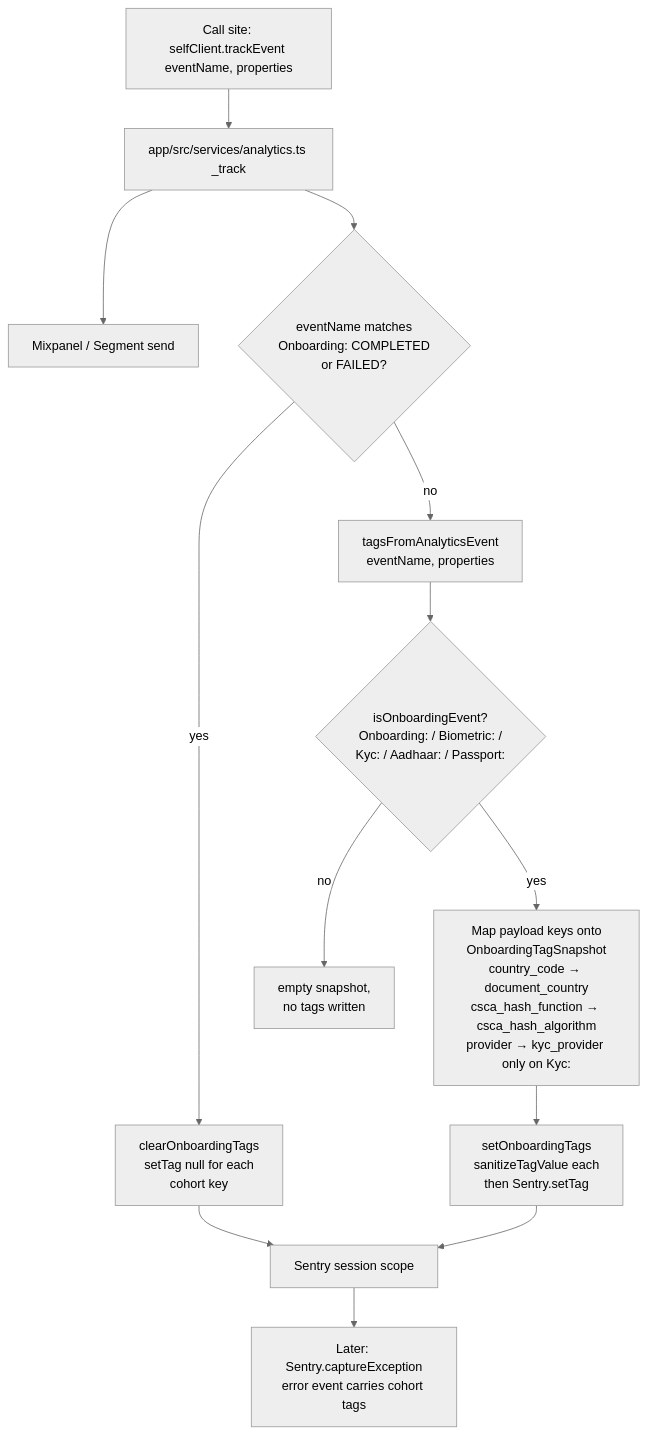
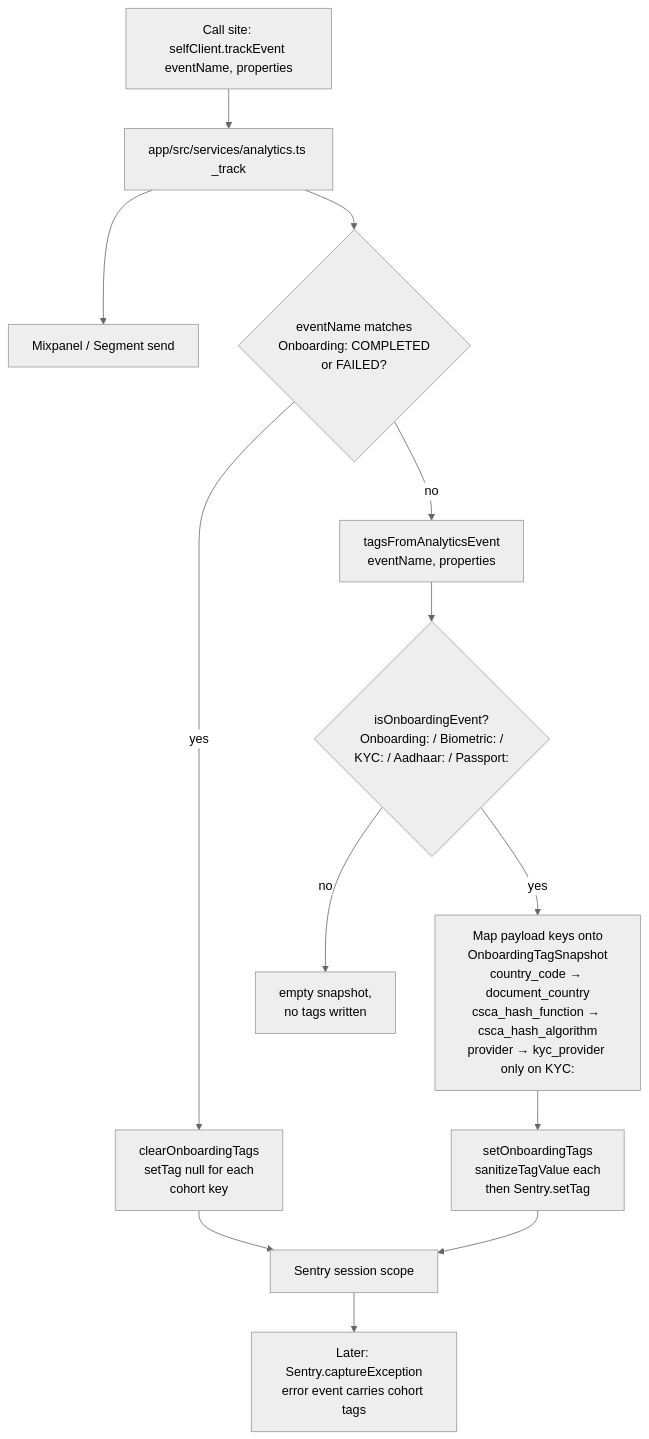
Before and after one commit to selfxyz/self: the diagram in specs/projects/sdk/workstreams/analytics/plans/ANA-13-observability-migration.md, drawn with Mermaid (neutral theme). The commit also changed 2 other files, not shown here.

Commit message:
fix(observability): match KYC: not Kyc: in cohort tag matcher
ANA-12 (PR #2054, now on dev) standardised acronyms to ALL CAPS in event
wire strings — 'KYC: Session Requested' not 'Kyc: Session Requested'. The
cohort tag matcher in onboardingContext.ts was still checking the lowercase
form, so isOnboardingEvent rejected every KYC event and kyc_provider was
never tagged. Updates the two startsWith checks, the corresponding test
case, and the cohort-flow diagram in ANA-13-observability-migration.md.

````diff
--- a/specs/projects/sdk/workstreams/analytics/plans/ANA-13-observability-migration.md
+++ b/specs/projects/sdk/workstreams/analytics/plans/ANA-13-observability-migration.md
@@ -98,15 +98,15 @@
 ```mermaid
 flowchart TD
     A[Call site: selfClient.trackEvent eventName, properties] --> B[app/src/services/analytics.ts _track]
     B --> C[Mixpanel / Segment send]
     B --> D{eventName matches<br/>Onboarding: COMPLETED<br/>or FAILED?}
     D -- yes --> E[clearOnboardingTags<br/>setTag null for each<br/>cohort key]
     D -- no --> F[tagsFromAnalyticsEvent<br/>eventName, properties]
-    F --> G{isOnboardingEvent?<br/>Onboarding: / Biometric: /<br/>Kyc: / Aadhaar: / Passport:}
+    F --> G{isOnboardingEvent?<br/>Onboarding: / Biometric: /<br/>KYC: / Aadhaar: / Passport:}
     G -- no --> H[empty snapshot,<br/>no tags written]
-    G -- yes --> I[Map payload keys onto<br/>OnboardingTagSnapshot<br/>country_code → document_country<br/>csca_hash_function → csca_hash_algorithm<br/>provider → kyc_provider only on Kyc:]
+    G -- yes --> I[Map payload keys onto<br/>OnboardingTagSnapshot<br/>country_code → document_country<br/>csca_hash_function → csca_hash_algorithm<br/>provider → kyc_provider only on KYC:]
     I --> J[setOnboardingTags<br/>sanitizeTagValue each<br/>then Sentry.setTag]
     E --> K[Sentry session scope]
     J --> K
     K --> L[Later: Sentry.captureException<br/>error event carries cohort tags]
 ```
````
